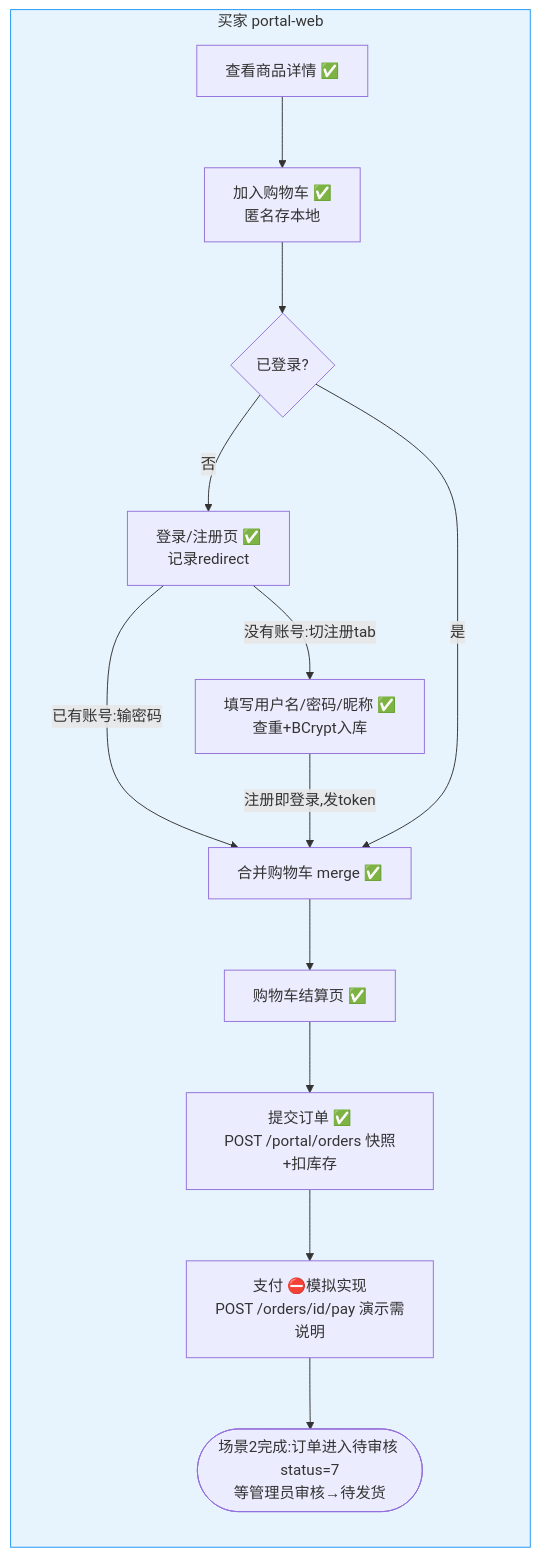
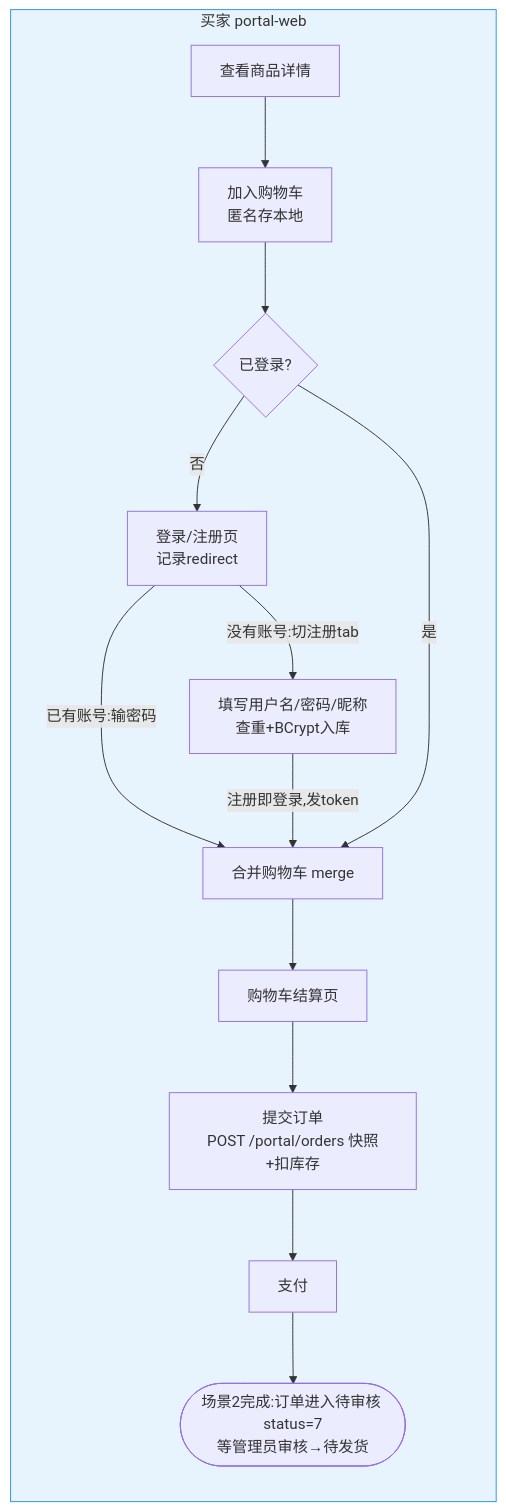
The diagram in docs/flows/02-业务场景/4-场景2-购买下单.mmd (zzy-repo/qiqi-mall), drawn with Mermaid before and after one commit. The commit also changed 40 other files, not shown here.

Commit message:
docs: 图集按系统当前状态整理——删除全部md与快照性图(问题图/修复方案/改造前),清除实现状态标注,ER重编为1~4,flows六目录定稿

```diff
--- a/docs/flows/02-业务场景/4-场景2-购买下单.mmd
+++ b/docs/flows/02-业务场景/4-场景2-购买下单.mmd
@@ -1,14 +1,14 @@
 flowchart LR
     subgraph Buyer[买家 portal-web]
-        B0[查看商品详情 ✅] --> B1[加入购物车 ✅<br/>匿名存本地]
+        B0[查看商品详情] --> B1[加入购物车<br/>匿名存本地]
         B1 --> B2{已登录?}
-        B2 -- 否 --> L[登录/注册页 ✅<br/>记录redirect]
-        L -- 已有账号:输密码 --> M[合并购物车 merge ✅]
-        L -- 没有账号:切注册tab --> R[填写用户名/密码/昵称 ✅<br/>查重+BCrypt入库]
+        B2 -- 否 --> L[登录/注册页<br/>记录redirect]
+        L -- 已有账号:输密码 --> M[合并购物车 merge]
+        L -- 没有账号:切注册tab --> R[填写用户名/密码/昵称<br/>查重+BCrypt入库]
         R -- 注册即登录,发token --> M
         B2 -- 是 --> M
-        M --> B3[购物车结算页 ✅] --> B4[提交订单 ✅<br/>POST /portal/orders 快照+扣库存]
-        B4 --> B5[支付 ⛔模拟实现<br/>POST /orders/id/pay 演示需说明]
+        M --> B3[购物车结算页] --> B4[提交订单<br/>POST /portal/orders 快照+扣库存]
+        B4 --> B5[支付]
         B5 --> Done2([场景2完成:订单进入待审核 status=7<br/>等管理员审核→待发货])
     end
     style Buyer fill:#e8f4fd,stroke:#2196f3
```
